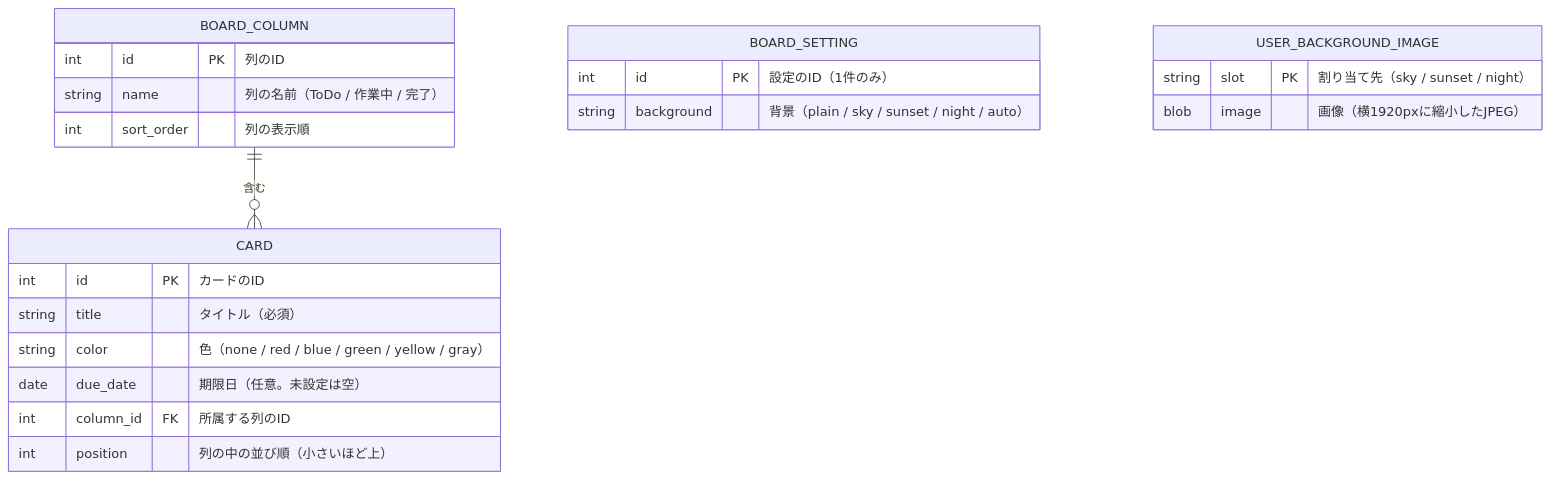
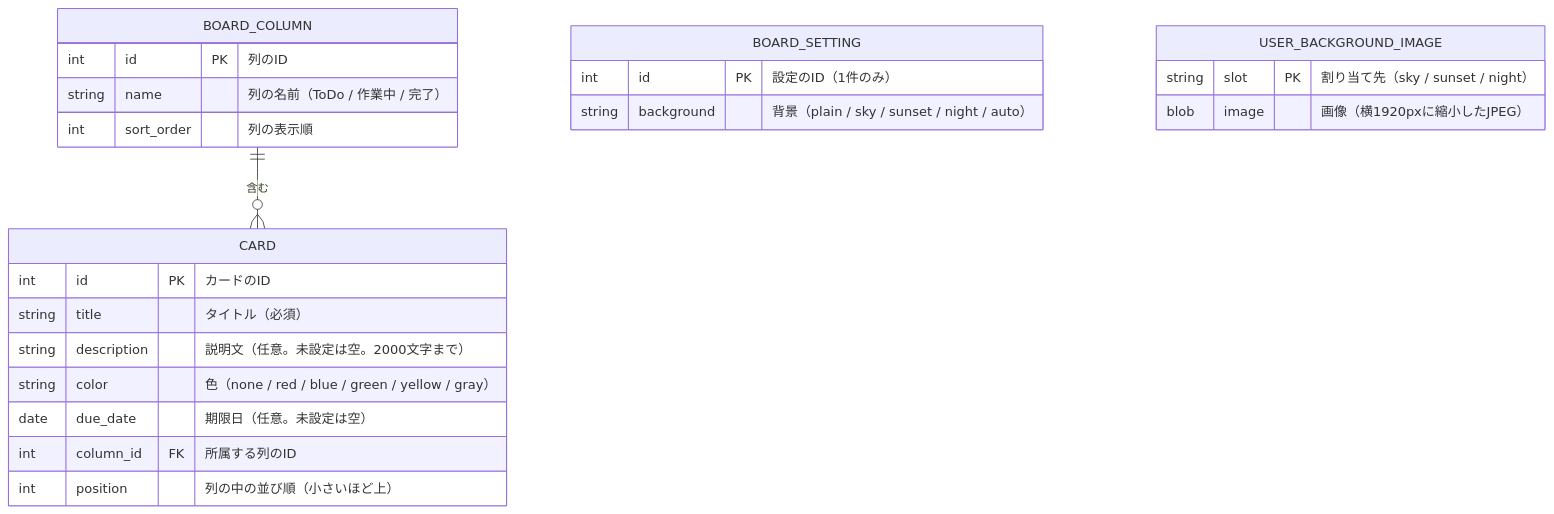
The diagram in docs/data-design.md (RieShinohara/TaskManagement), drawn with Mermaid before and after one commit. The commit also changed other lines of this file and 4 other files, not shown here.

````diff
--- a/docs/data-design.md
+++ b/docs/data-design.md
@@ -8,29 +8,30 @@
 ```mermaid
 erDiagram
     BOARD_COLUMN ||--o{ CARD : "含む"
 
     BOARD_COLUMN {
         int id PK "列のID"
         string name "列の名前（ToDo / 作業中 / 完了）"
         int sort_order "列の表示順"
     }
 
     CARD {
         int id PK "カードのID"
         string title "タイトル（必須）"
+        string description "説明文（任意。未設定は空。2000文字まで）"
         string color "色（none / red / blue / green / yellow / gray）"
         date due_date "期限日（任意。未設定は空）"
         int column_id FK "所属する列のID"
         int position "列の中の並び順（小さいほど上）"
     }
 
     BOARD_SETTING {
         int id PK "設定のID（1件のみ）"
         string background "背景（plain / sky / sunset / night / auto）"
     }
 
     USER_BACKGROUND_IMAGE {
         string slot PK "割り当て先（sky / sunset / night）"
         blob image "画像（横1920pxに縮小したJPEG）"
     }
 ```
````
